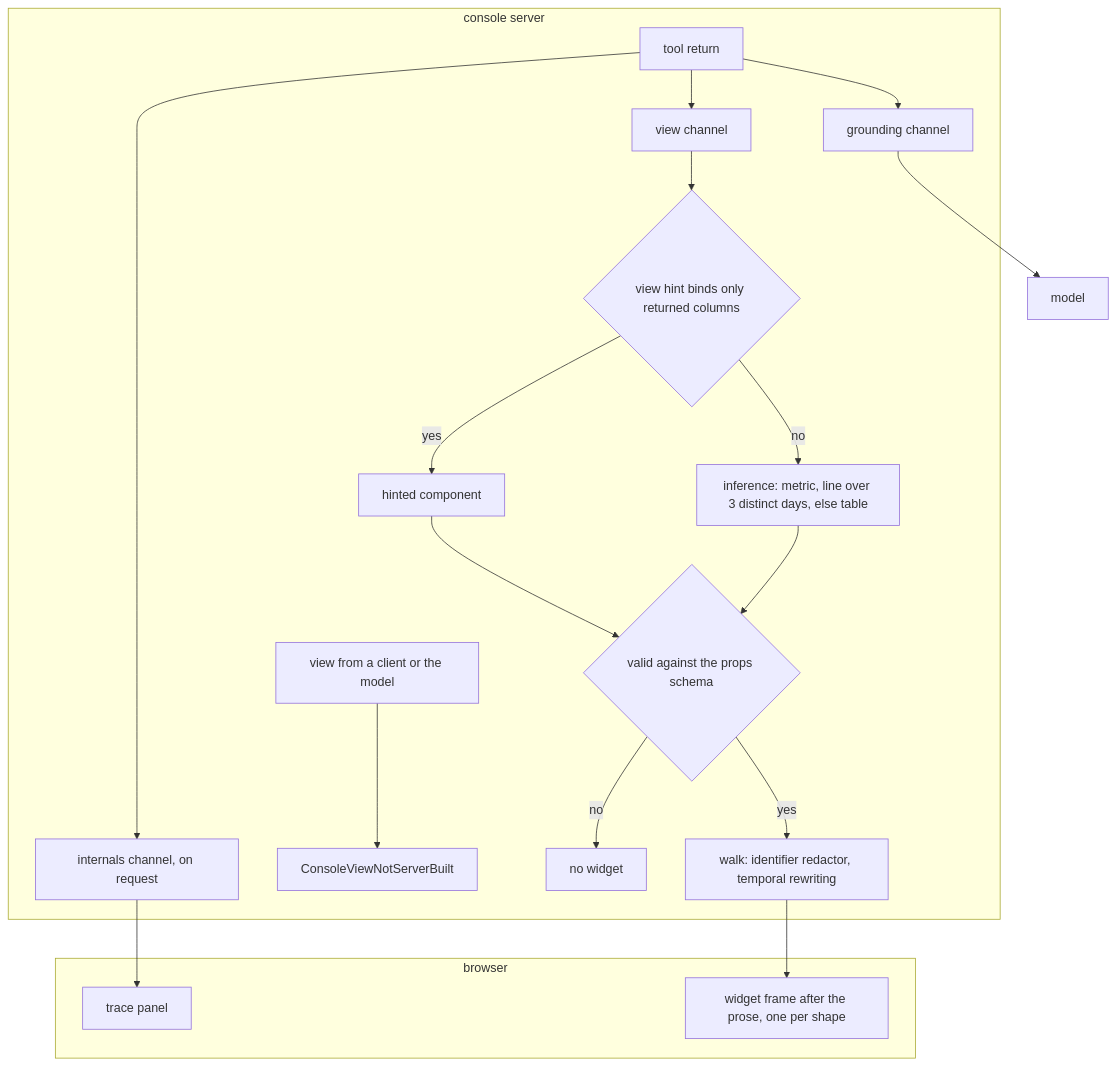
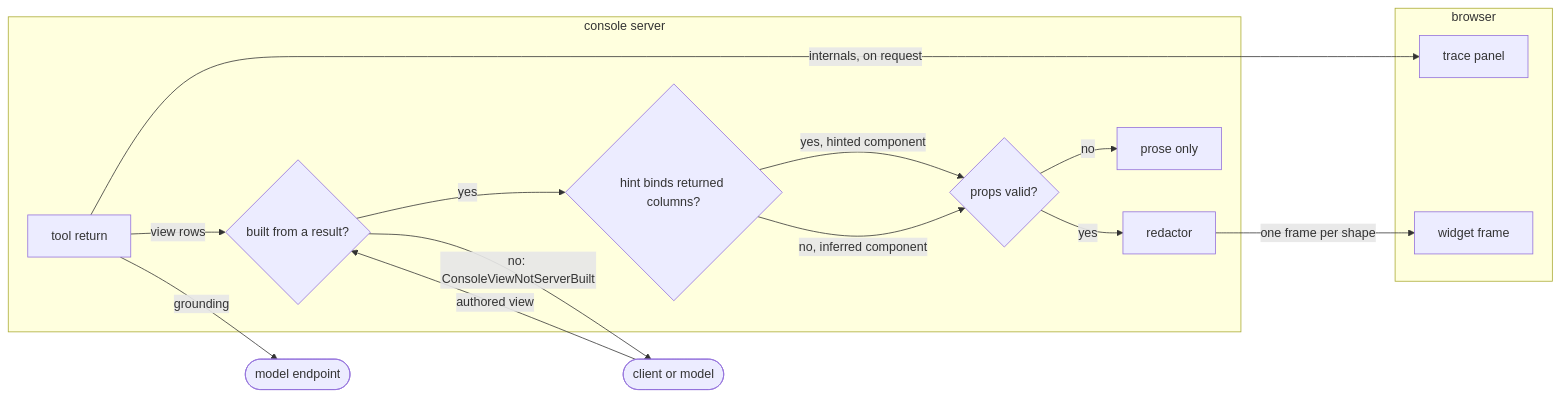
One commit to fractalboxdev/contextful changed the fourth of 5 diagrams in spec/71-console.md. Above: the diagram before and after it, drawn with Mermaid. The commit also changed other lines of this file and 44 other files, not shown here.

First line of the commit message:
spec: diagrams draw entities and flows, and the checker enforces it (#12)

````diff
--- a/spec/71-console.md
+++ b/spec/71-console.md
@@ -241,23 +226,26 @@
 ```mermaid
-flowchart TD
+flowchart LR
   subgraph server["console server"]
-    TR["tool return"] --> G["grounding channel"]
-    TR --> I["internals channel, on request"]
-    TR --> V["view channel"]
-    CV["view from a client or the model"] --> E1["ConsoleViewNotServerBuilt"]
-    V --> H{"view hint binds only returned columns"}
-    H -- "yes" --> HC["hinted component"]
-    H -- "no" --> INF["inference: metric, line over 3 distinct days, else table"]
-    HC --> VAL{"valid against the props schema"}
-    INF --> VAL
-    VAL -- "no" --> NONE["no widget"]
-    VAL -- "yes" --> WALK["walk: identifier redactor, temporal rewriting"]
+    TR["tool return"]
+    SV{"built from a result?"}
+    H{"hint binds returned columns?"}
+    VAL{"props valid?"}
+    WALK["redactor"]
+    NONE["prose only"]
   end
   subgraph browser["browser"]
     TP["trace panel"]
-    W["widget frame after the prose, one per shape"]
+    W["widget frame"]
   end
-  G --> M["model"]
-  I --> TP
-  WALK --> W
+  TR -->|"grounding"| M(["model endpoint"])
+  TR -->|"internals, on request"| TP
+  TR -->|"view rows"| SV
+  CV(["client or model"]) -->|"authored view"| SV
+  SV -->|"yes"| H
+  SV -->|"no: ConsoleViewNotServerBuilt"| CV
+  H -->|"yes, hinted component"| VAL
+  H -->|"no, inferred component"| VAL
+  VAL -->|"no"| NONE
+  VAL -->|"yes"| WALK
+  WALK -->|"one frame per shape"| W
 ```
````
